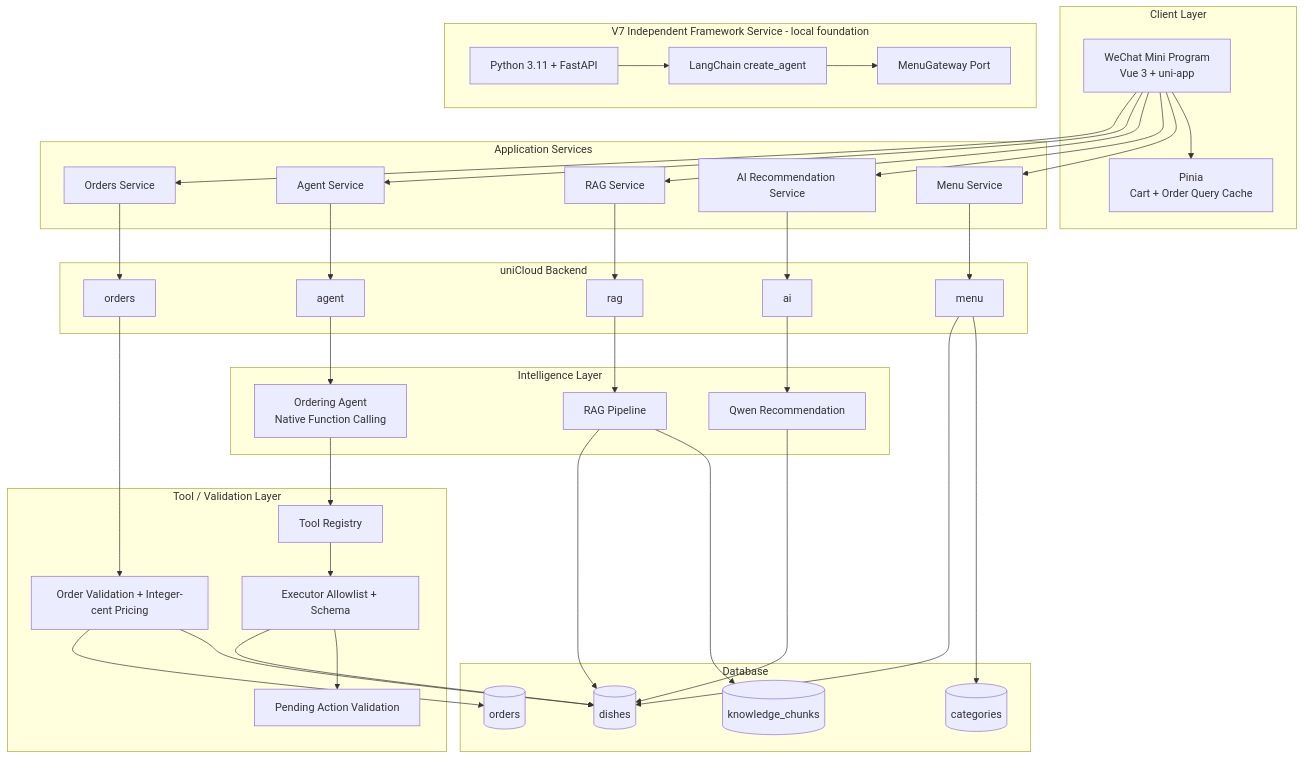
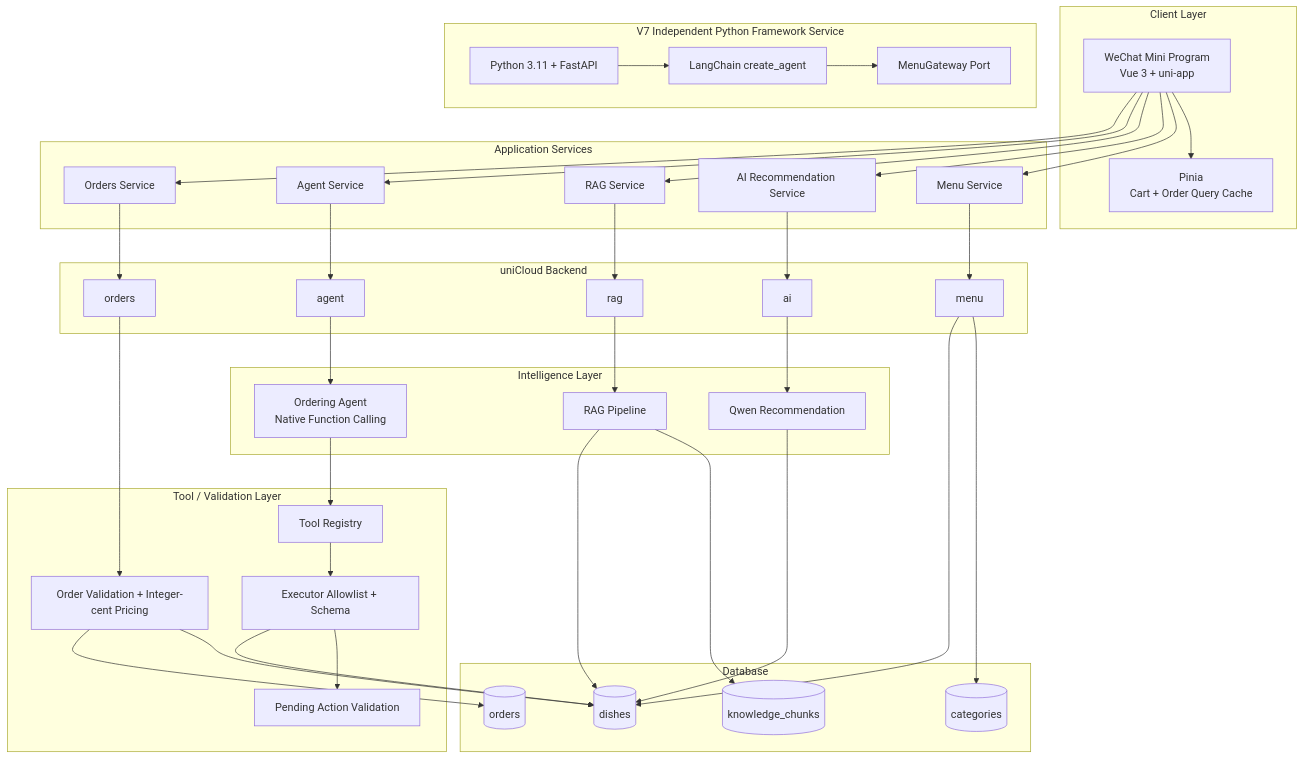
The first of 3 diagrams in docs/ARCHITECTURE.md (LI-ZONGRUI/smart-ordering-agent), drawn with Mermaid before and after one commit. The commit also changed other lines of this file and 12 other files, not shown here.

````diff
--- a/docs/ARCHITECTURE.md
+++ b/docs/ARCHITECTURE.md
@@ -26,77 +27,77 @@
 ```mermaid
 graph TB
   subgraph Client[Client Layer]
     WX[WeChat Mini Program<br/>Vue 3 + uni-app]
     PINIA[Pinia<br/>Cart + Order Query Cache]
   end
 
   subgraph Services[Application Services]
     MS[Menu Service]
     AIS[AI Recommendation Service]
     RS[RAG Service]
     AS[Agent Service]
     OS[Orders Service]
   end
 
   subgraph Intelligence[Intelligence Layer]
     REC[Qwen Recommendation]
     RAG[RAG Pipeline]
     AG[Ordering Agent<br/>Native Function Calling]
   end
 
-  subgraph FutureFramework[V7 Independent Framework Service - local foundation]
+  subgraph FutureFramework[V7 Independent Python Framework Service]
     FASTAPI[Python 3.11 + FastAPI]
     LC[LangChain create_agent]
     GW[MenuGateway Port]
     FASTAPI --> LC --> GW
   end
 
   subgraph Validation[Tool / Validation Layer]
     REG[Tool Registry]
     EXE[Executor Allowlist + Schema]
     ACT[Pending Action Validation]
     PRICE[Order Validation + Integer-cent Pricing]
   end
 
   subgraph Cloud[uniCloud Backend]
     MENU[menu]
     AI[ai]
     RAGOBJ[rag]
     AGOBJ[agent]
     ORD[orders]
   end
 
   subgraph DB[Database]
     C[(categories)]
     D[(dishes)]
     K[(knowledge_chunks)]
     O[(orders)]
   end
 
   WX --> PINIA
   WX --> MS
   WX --> AIS
   WX --> RS
   WX --> AS
   WX --> OS
   MS --> MENU
   AIS --> AI
   RS --> RAGOBJ
   AS --> AGOBJ
   OS --> ORD
 
   AI --> REC
   RAGOBJ --> RAG
   AGOBJ --> AG
   AG --> REG --> EXE --> ACT
   ORD --> PRICE
 
   MENU --> C
   MENU --> D
   REC --> D
   RAG --> K
   RAG --> D
   EXE --> D
   PRICE --> D
   PRICE --> O
 ```
````
